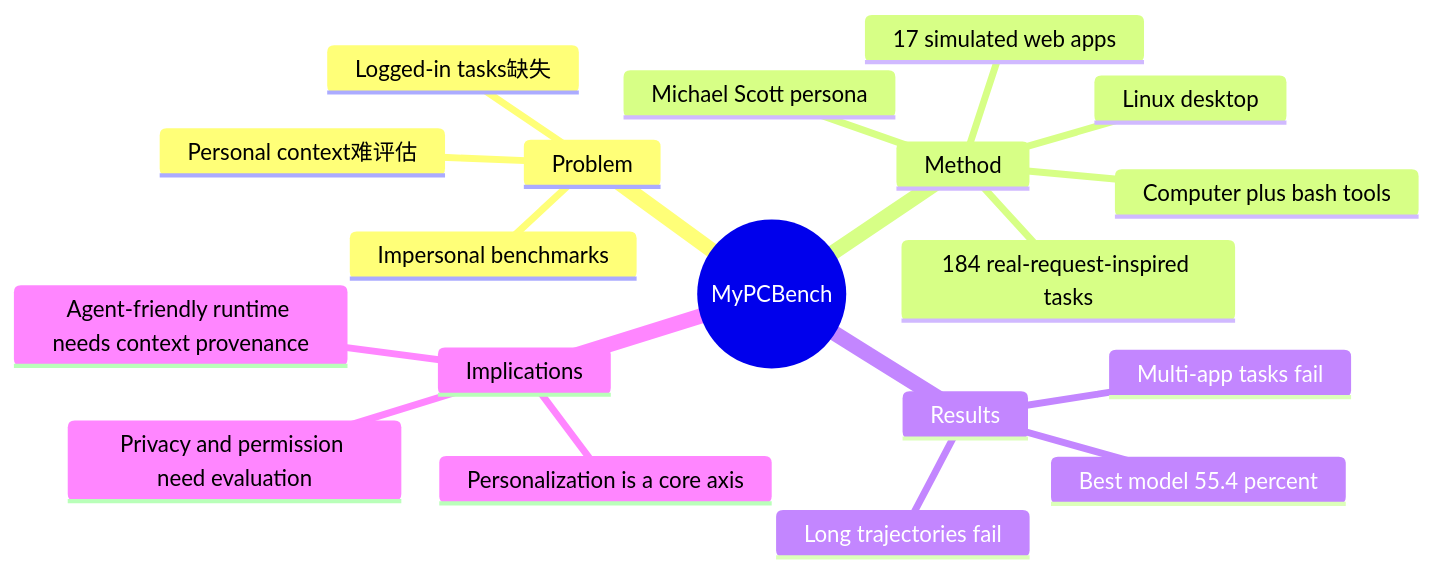
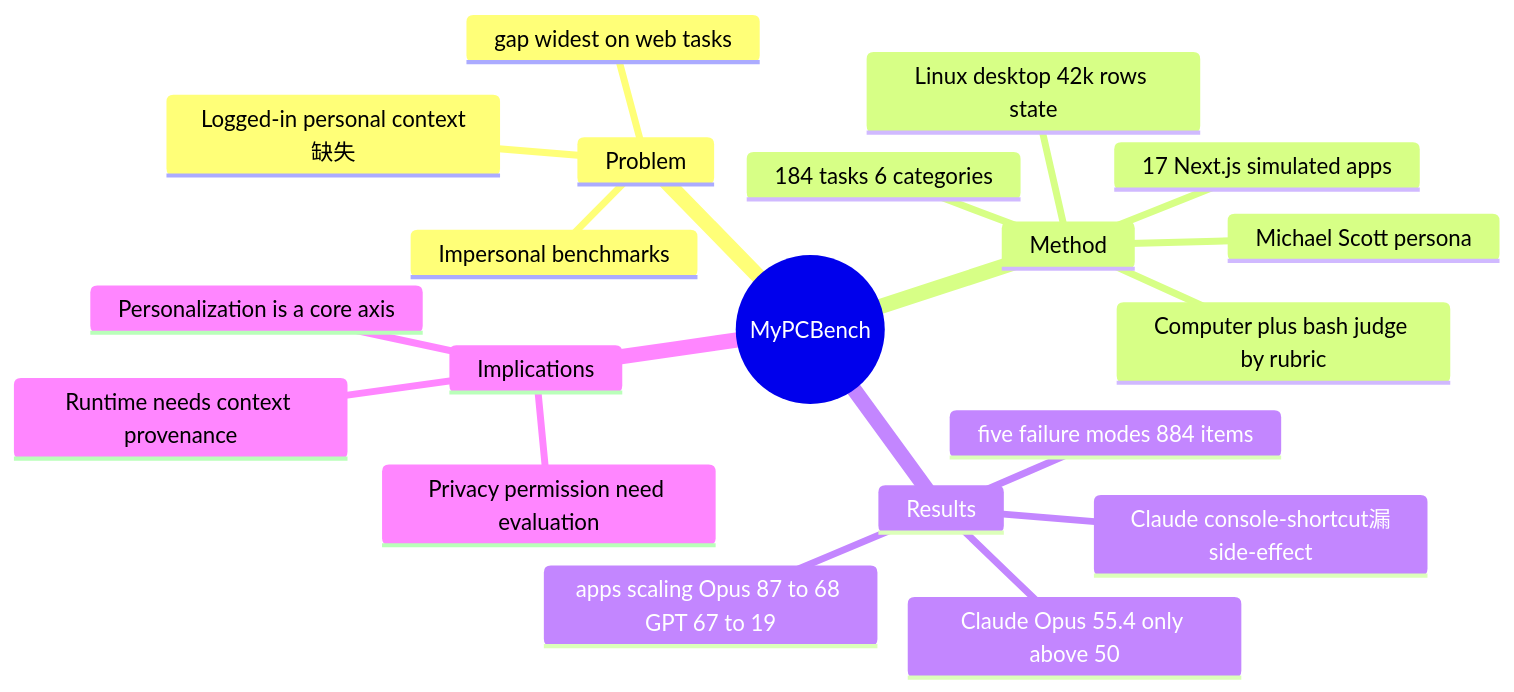
One commit to Kendrick-Stein/MCISLAB_DeepRead changed the diagram in Papers/2606-MyPCBench.md. Above: the diagram before and after it, drawn with Mermaid. The commit also changed other lines of this file and 21 other files, not shown here.

````diff
--- a/Papers/2606-MyPCBench.md
+++ b/Papers/2606-MyPCBench.md
@@ -69,22 +67,23 @@
 ```mermaid
 mindmap
   root((MyPCBench))
     Problem
       Impersonal benchmarks
-      Logged-in tasks缺失
-      Personal context难评估
+      Logged-in personal context缺失
+      gap widest on web tasks
     Method
-      Linux desktop
-      17 simulated web apps
       Michael Scott persona
-      184 real-request-inspired tasks
-      Computer plus bash tools
+      17 Next.js simulated apps
+      Linux desktop 42k rows state
+      184 tasks 6 categories
+      Computer plus bash judge by rubric
     Results
-      Best model 55.4 percent
-      Long trajectories fail
-      Multi-app tasks fail
+      Claude Opus 55.4 only above 50
+      apps scaling Opus 87 to 68 GPT 67 to 19
+      five failure modes 884 items
+      Claude console-shortcut漏side-effect
     Implications
       Personalization is a core axis
-      Privacy and permission need evaluation
-      Agent-friendly runtime needs context provenance
+      Privacy permission need evaluation
+      Runtime needs context provenance
 ```
````
